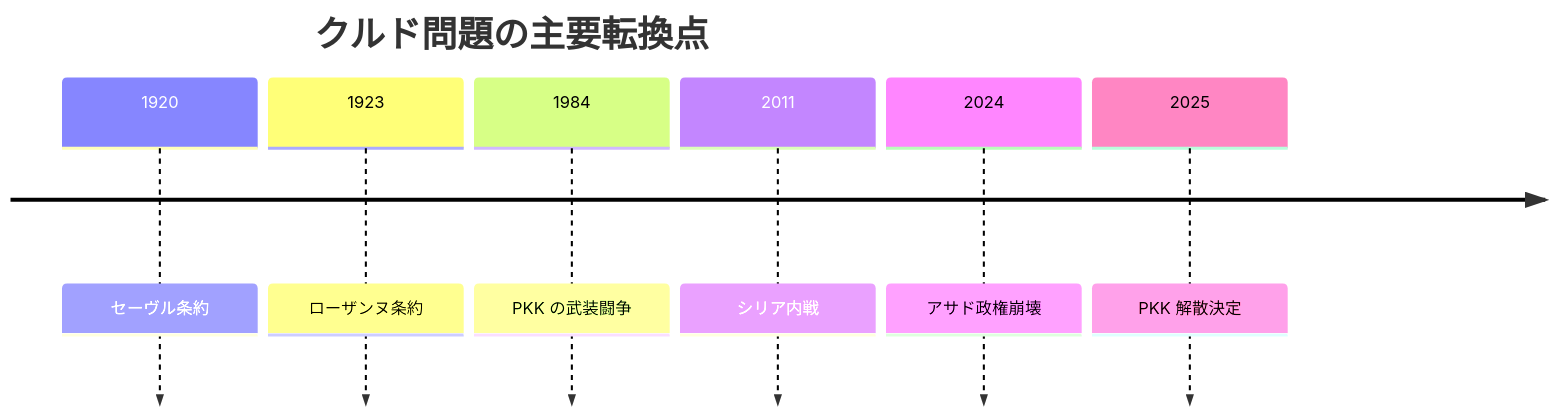
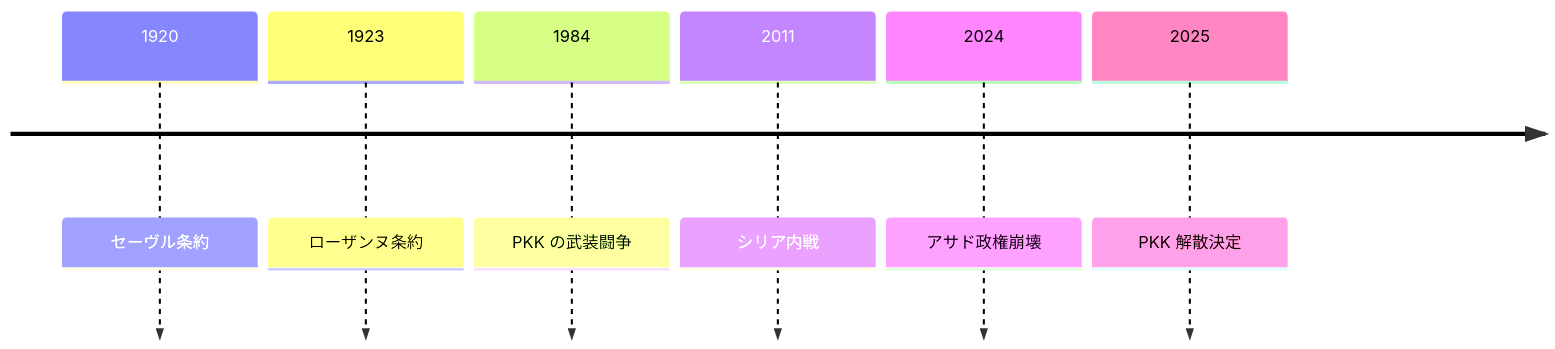
One commit to daylight55/research changed the diagram in articles/report/turkey-syria-kurdish-question/ja/index.mdx. Above: the diagram before and after it, drawn with Mermaid. The commit also changed 181 other files, not shown here.

First line of the commit message:
全記事の図解368点を再生成し、共通注意書きを削除 (#402)

````diff
--- a/articles/report/turkey-syria-kurdish-question/ja/index.mdx
+++ b/articles/report/turkey-syria-kurdish-question/ja/index.mdx
@@ -38,10 +38,13 @@
 ```mermaid
 timeline
-    title クルド問題の主要転換点
+  accTitle: 国境形成からクルド武装運動・地域再編へ
+  accDescr: 条約、PKKの武装闘争、シリア内戦と政権崩壊、解散決定の順に追い、別組織・別国の動きを区別する。
+  accTitle: 国境形成からクルド武装運動・地域再編へ
+  accDescr: 条約、PKKの武装闘争、シリア内戦と政権崩壊、解散決定の順に追い、別組織・別国の動きを区別する。
     1920 : セーヴル条約
     1923 : ローザンヌ条約
     1984 : PKK の武装闘争
     2011 : シリア内戦
     2024 : アサド政権崩壊
     2025 : PKK 解散決定
 ```
````
